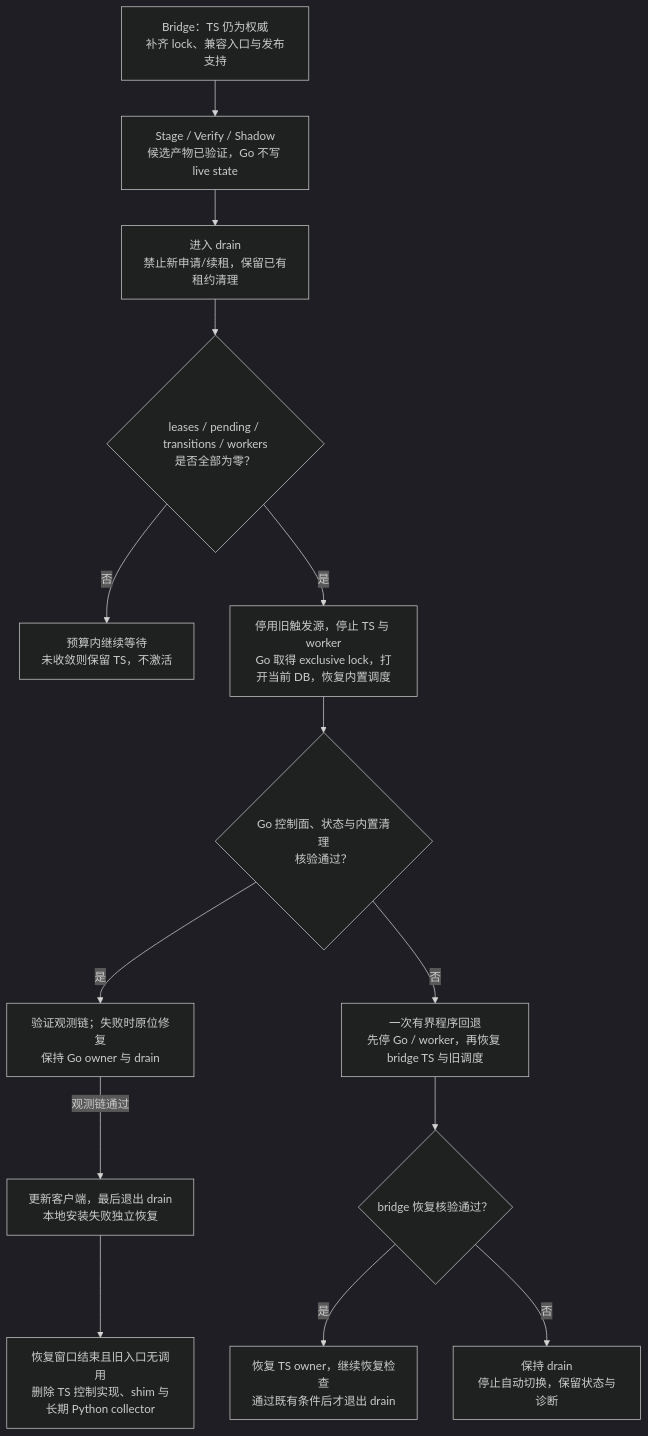
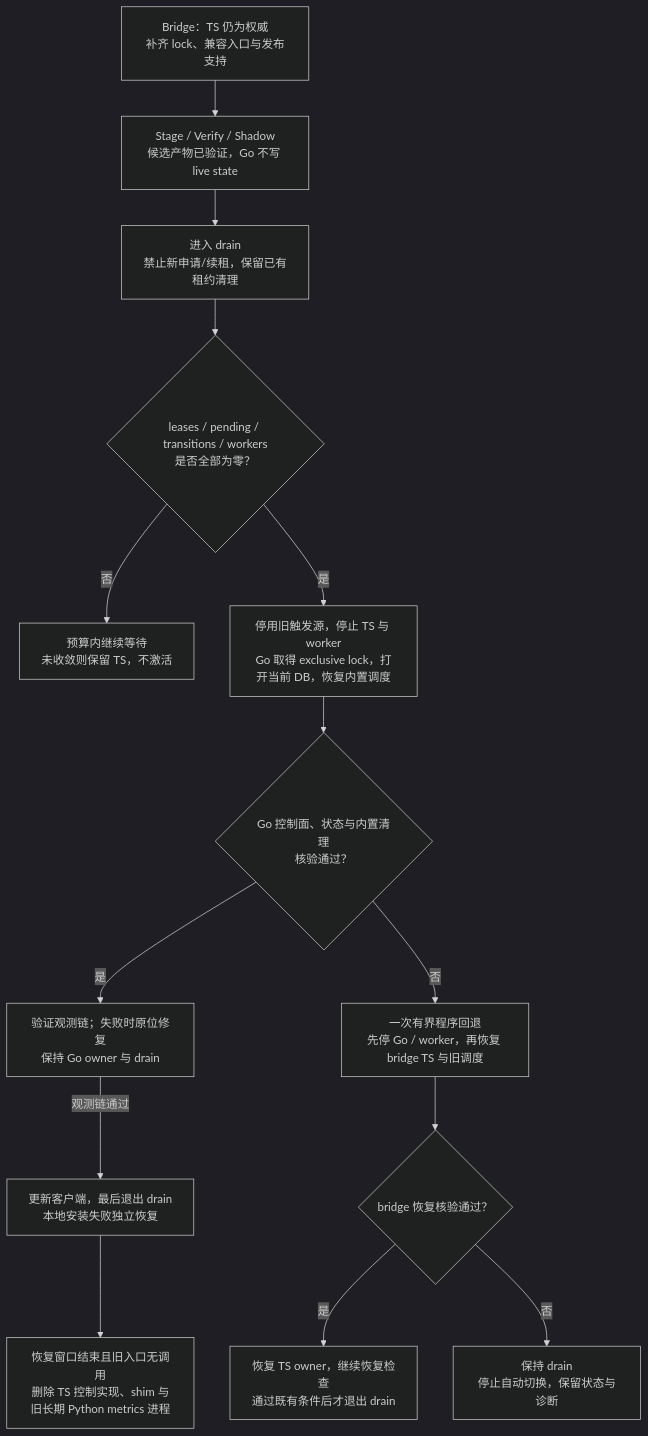
One commit to IvanLi-CN/agent-vm changed the second of 2 diagrams in docs/proposals/agent-vm-go-parent-service.md. Above: the diagram before and after it, drawn with Mermaid (dark theme). The commit also changed other lines of this file and 26 other files, not shown here.

````diff
--- a/docs/proposals/agent-vm-go-parent-service.md
+++ b/docs/proposals/agent-vm-go-parent-service.md
@@ -256,25 +254,25 @@
 ```mermaid
 flowchart TB
     bridge["Bridge：TS 仍为权威<br/>补齐 lock、兼容入口与发布支持"]
     stage["Stage / Verify / Shadow<br/>候选产物已验证，Go 不写 live state"]
     drain["进入 drain<br/>禁止新申请/续租，保留已有租约清理"]
     ready{"leases / pending / transitions / workers<br/>是否全部为零？"}
     wait["预算内继续等待<br/>未收敛则保留 TS，不激活"]
     handoff["停用旧触发源，停止 TS 与 worker<br/>Go 取得 exclusive lock，打开当前 DB，恢复内置调度"]
     healthy{"Go 控制面、状态与内置清理<br/>核验通过？"}
     observability["验证观测链；失败时原位修复<br/>保持 Go owner 与 drain"]
     client_update["更新客户端，最后退出 drain<br/>本地安装失败独立恢复"]
-    retire["恢复窗口结束且旧入口无调用<br/>删除 TS 控制实现、shim 与长期 Python collector"]
+    retire["恢复窗口结束且旧入口无调用<br/>删除 TS 控制实现、shim 与旧长期 Python metrics 进程"]
     rollback["一次有界程序回退<br/>先停 Go / worker，再恢复 bridge TS 与旧调度"]
     recovered{"bridge 恢复核验通过？"}
     previous["恢复 TS owner，继续恢复检查<br/>通过既有条件后才退出 drain"]
     blocked["保持 drain<br/>停止自动切换，保留状态与诊断"]
     bridge --> stage --> drain --> ready
     ready -->|"否"| wait
     ready -->|"是"| handoff --> healthy
     healthy -->|"是"| observability
     observability -->|"观测链通过"| client_update --> retire
     healthy -->|"否"| rollback --> recovered
     recovered -->|"是"| previous
     recovered -->|"否"| blocked
 ```
````
